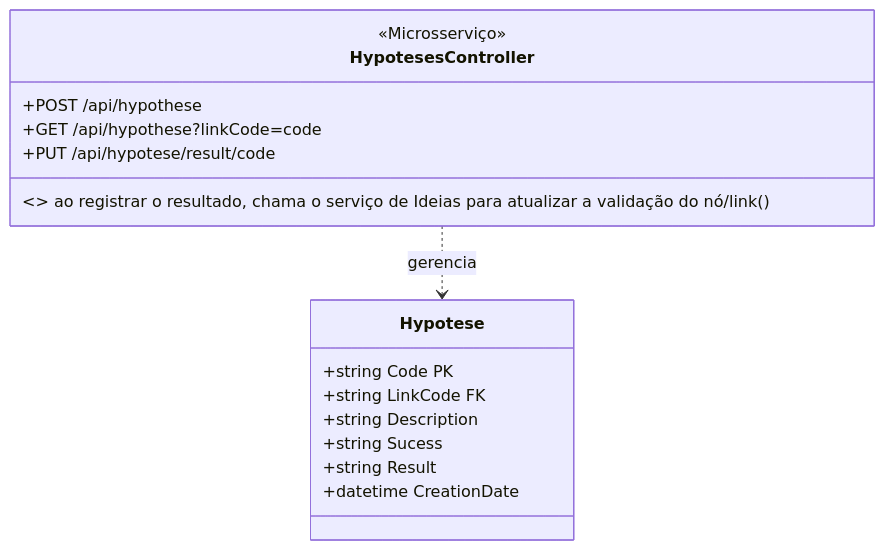
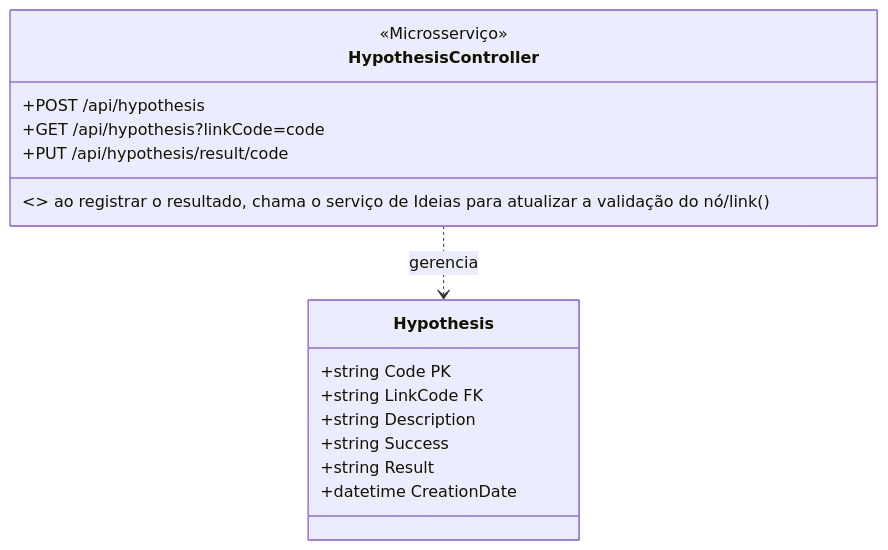
The fifth of 7 diagrams in README.md (thales-vaz-sousa/Branchstorm), drawn with Mermaid before and after one commit. The commit also changed other lines of this file, not shown here.

Commit message:
fix-readme-translation

````diff
--- a/README.md
+++ b/README.md
@@ -174,21 +174,21 @@
 ```mermaid
 classDiagram
-    class HypotesesController {
+    class HypothesisController {
         <<Microsserviço>>
-        +POST /api/hypothese
-        +GET /api/hypothese?linkCode=code
-        +PUT /api/hypotese/result/code
+        +POST /api/hypothesis
+        +GET /api/hypothesis?linkCode=code
+        +PUT /api/hypothesis/result/code
         <> ao registrar o resultado, chama o serviço de Ideias para atualizar a validação do nó/link()
     }
 
-    class Hypotese {
+    class Hypothesis {
         +string Code PK
         +string LinkCode FK
         +string Description
-        +string Sucess
+        +string Success
         +string Result
         +datetime CreationDate
     }
 
-    HypotesesController ..> Hypotese : gerencia
+    HypothesisController ..> Hypothesis : gerencia
 ```
````
